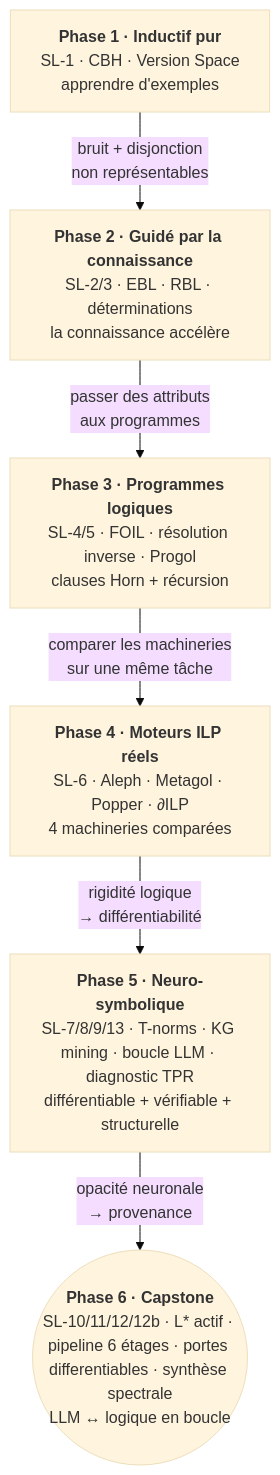
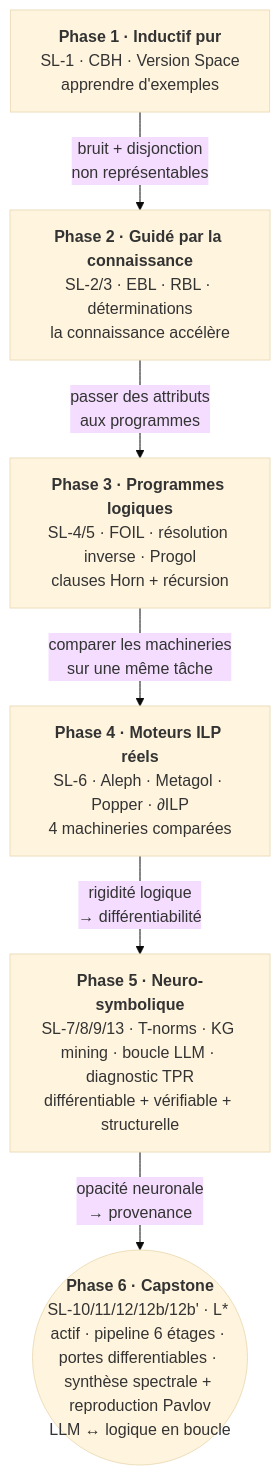
The diagram in MyIA.AI.Notebooks/SymbolicAI/SymbolicLearning/README.md (jsboige/CoursIA), drawn with Mermaid (base theme) before and after one commit. The commit also changed other lines of this file, not shown here.

````diff
--- a/MyIA.AI.Notebooks/SymbolicAI/SymbolicLearning/README.md
+++ b/MyIA.AI.Notebooks/SymbolicAI/SymbolicLearning/README.md
@@ -93,14 +93,14 @@
 ```mermaid
 flowchart TD
     P1["<b>Phase 1 · Inductif pur</b><br/>SL-1 · CBH · Version Space<br/>apprendre d'exemples"]
     P2["<b>Phase 2 · Guidé par la connaissance</b><br/>SL-2/3 · EBL · RBL · déterminations<br/>la connaissance accélère"]
     P3["<b>Phase 3 · Programmes logiques</b><br/>SL-4/5 · FOIL · résolution inverse · Progol<br/>clauses Horn + récursion"]
     P4["<b>Phase 4 · Moteurs ILP réels</b><br/>SL-6 · Aleph · Metagol · Popper · ∂ILP<br/>4 machineries comparées"]
     P5["<b>Phase 5 · Neuro-symbolique</b><br/>SL-7/8/9/13 · T-norms · KG mining · boucle LLM · diagnostic TPR<br/>différentiable + vérifiable + structurelle"]
-    P6(("<b>Phase 6 · Capstone</b><br/>SL-10/11/12/12b · L* actif · pipeline 6 étages · portes differentiables · synthèse spectrale<br/>LLM ↔ logique en boucle"))
+    P6(("<b>Phase 6 · Capstone</b><br/>SL-10/11/12/12b/12b' · L* actif · pipeline 6 étages · portes differentiables · synthèse spectrale + reproduction Pavlov<br/>LLM ↔ logique en boucle"))
     P1 -->|"bruit + disjonction<br/>non représentables"| P2
     P2 -->|"passer des attributs<br/>aux programmes"| P3
     P3 -->|"comparer les machineries<br/>sur une même tâche"| P4
     P4 -->|"rigidité logique<br/>→ différentiabilité"| P5
     P5 -->|"opacité neuronale<br/>→ provenance"| P6
 ```
````
